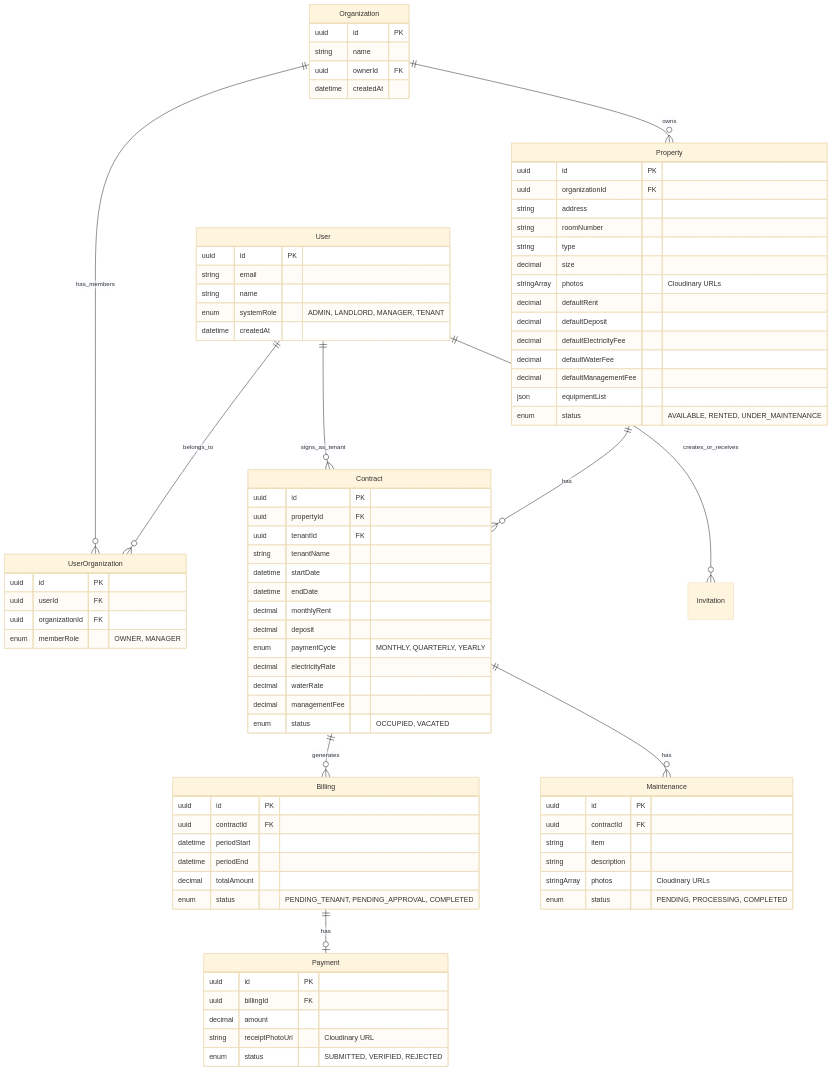
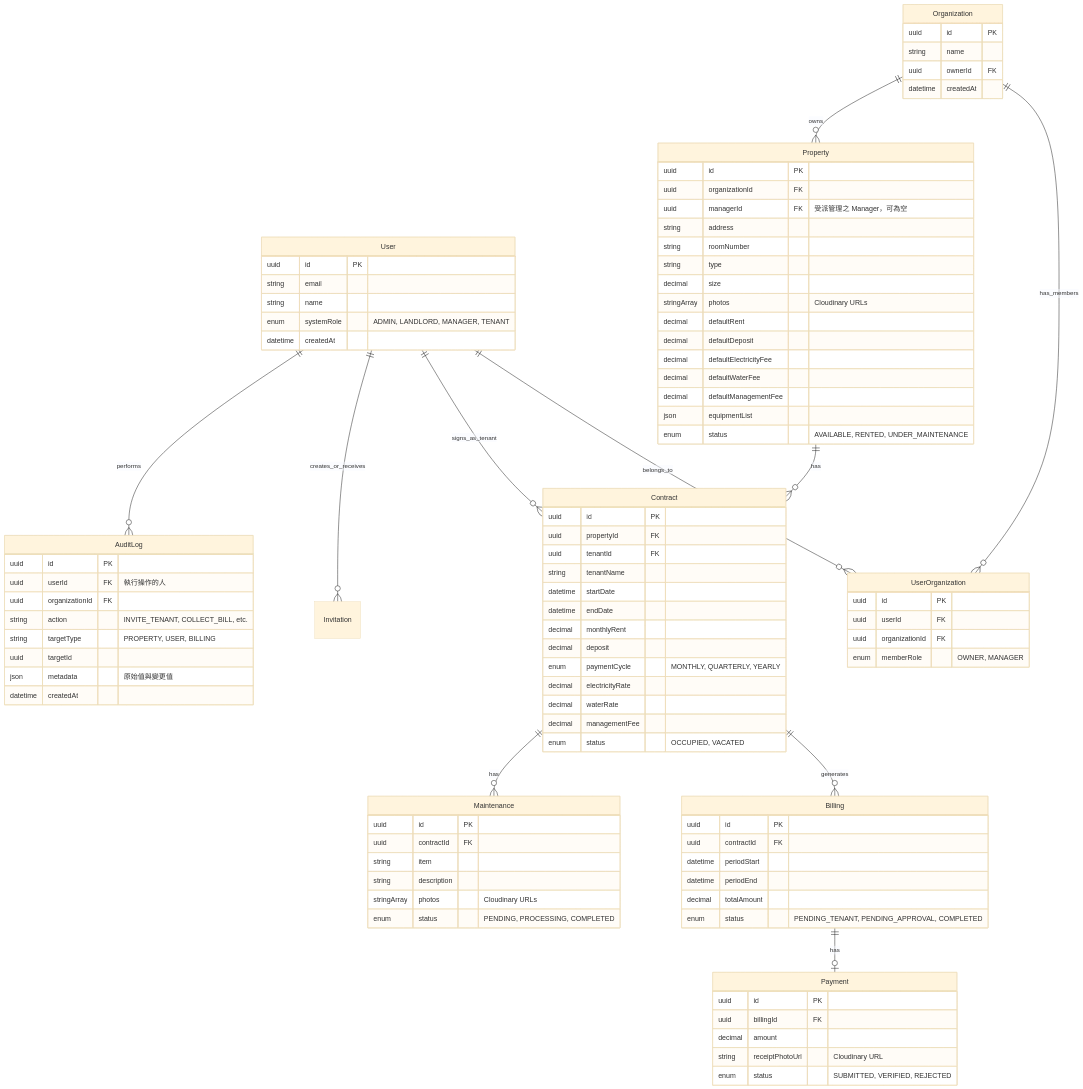
Before and after one commit to Hero935/PrimeStay: the fourth of 6 diagrams in spec.md, drawn with Mermaid (base theme). The commit also changed other lines of this file and 21 other files, not shown here.

First line of the commit message:
`feat: implement property assignment, audit logs, and role-based dashboard for managers`

````diff
--- a/spec.md
+++ b/spec.md
@@ -71,6 +91,7 @@
     Contract ||--o{ Billing : generates
     Billing ||--o| Payment : has
     Contract ||--o{ Maintenance : has
+    User ||--o{ AuditLog : performs
 
     User {
         uuid id PK
@@ -97,6 +118,7 @@
     Property {
         uuid id PK
         uuid organizationId FK
+        uuid managerId FK "受派管理之 Manager，可為空"
         string address
         string roomNumber
         string type
@@ -152,4 +174,15 @@
         stringArray photos "Cloudinary URLs"
         enum status "PENDING, PROCESSING, COMPLETED"
     }
+
+    AuditLog {
+        uuid id PK
+        uuid userId FK "執行操作的人"
+        uuid organizationId FK
+        string action "INVITE_TENANT, COLLECT_BILL, etc."
+        string targetType "PROPERTY, USER, BILLING"
+        uuid targetId
+        json metadata "原始值與變更值"
+        datetime createdAt
+    }
 ```
````
